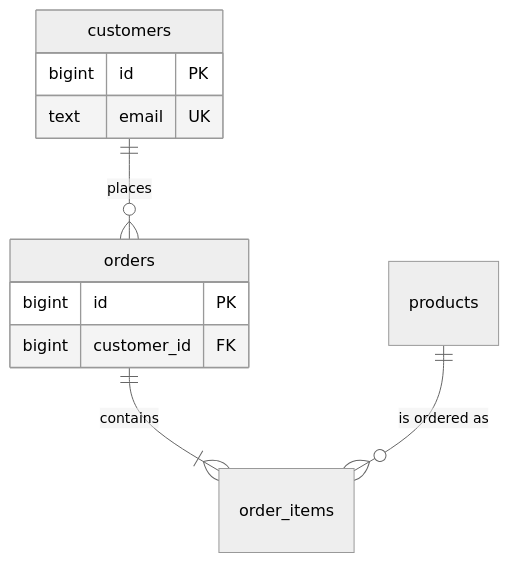
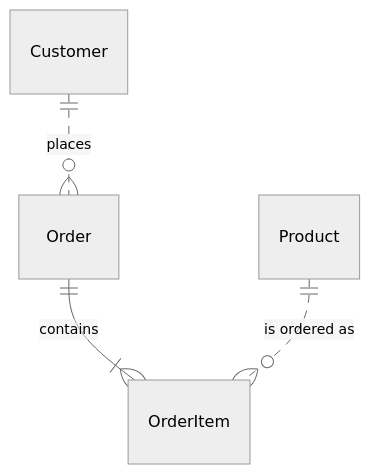
One commit to phatnguyen975/agenix changed the diagram in skills/database-design/references/conceptual-modeling.md. Above: the diagram before and after it, drawn with Mermaid (neutral theme). The commit also changed other lines of this file and 27 other files, not shown here.

````diff
--- a/skills/database-design/references/conceptual-modeling.md
+++ b/skills/database-design/references/conceptual-modeling.md
@@ -98,14 +98,6 @@
 ```mermaid
 erDiagram
-    customers ||--o{ orders : places
-    orders ||--|{ order_items : contains
-    products ||--o{ order_items : "is ordered as"
-    customers {
-        bigint id PK
-        text email UK
-    }
-    orders {
-        bigint id PK
-        bigint customer_id FK
-    }
+    Customer ||..o{ Order : places
+    Order ||--|{ OrderItem : contains
+    Product ||..o{ OrderItem : "is ordered as"
 ```
````
